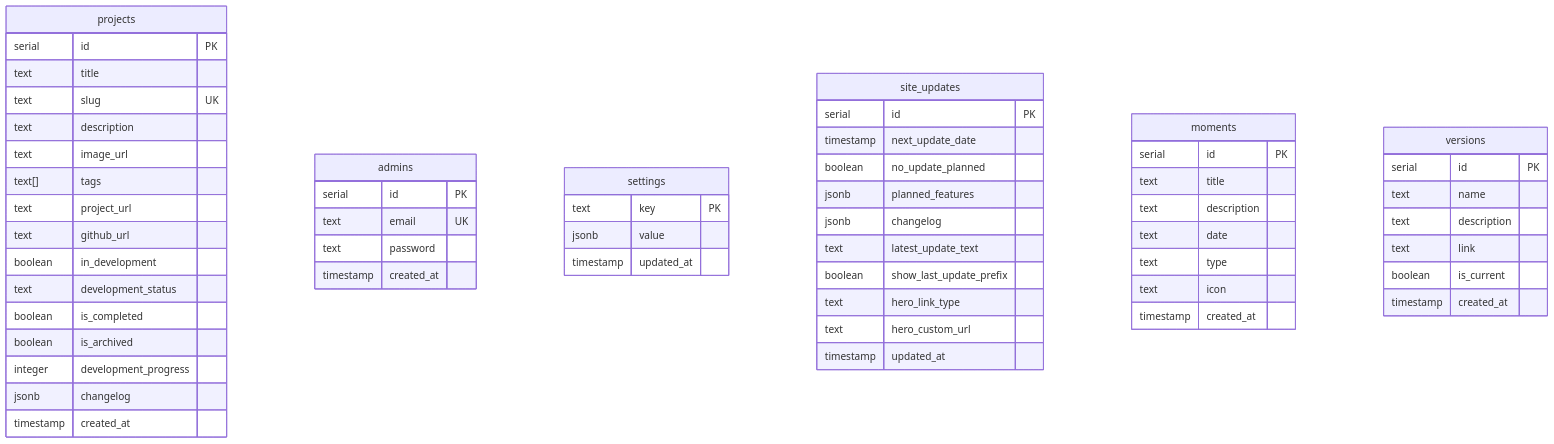
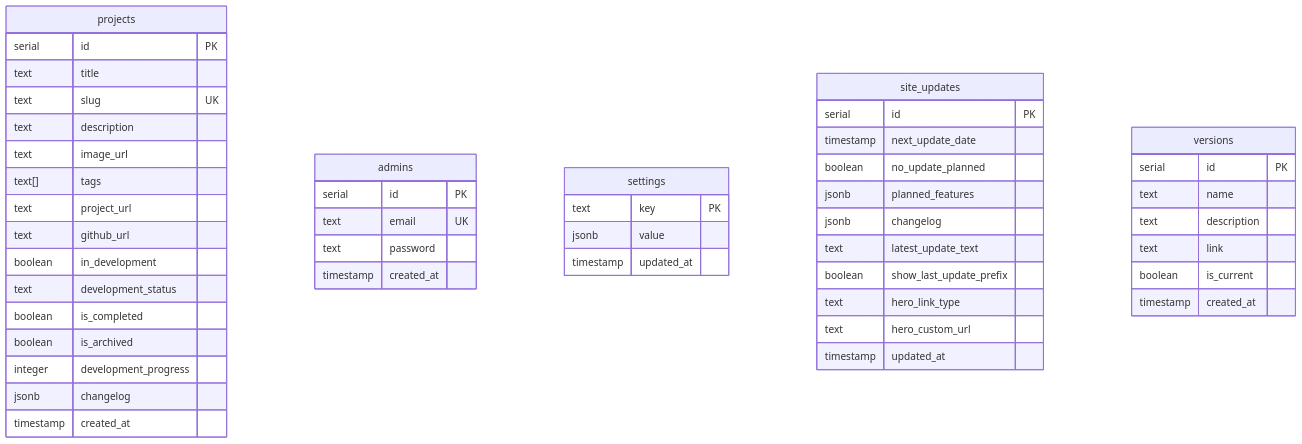
The second of 5 diagrams in README.md (ddrayko/portfolio), drawn with Mermaid before and after one commit. The commit also changed other lines of this file and 15 other files, not shown here.

````diff
--- a/README.md
+++ b/README.md
@@ -89,65 +88,55 @@
 ```mermaid
 erDiagram
     projects {
         serial id PK
         text title
         text slug UK
         text description
         text image_url
         text[] tags
         text project_url
         text github_url
         boolean in_development
         text development_status
         boolean is_completed
         boolean is_archived
         integer development_progress
         jsonb changelog
         timestamp created_at
     }
 
     admins {
         serial id PK
         text email UK
         text password
         timestamp created_at
     }
 
     settings {
         text key PK
         jsonb value
         timestamp updated_at
     }
 
     site_updates {
         serial id PK
         timestamp next_update_date
         boolean no_update_planned
         jsonb planned_features
         jsonb changelog
         text latest_update_text
         boolean show_last_update_prefix
         text hero_link_type
         text hero_custom_url
         timestamp updated_at
     }
 
-    moments {
-        serial id PK
-        text title
-        text description
-        text date
-        text type
-        text icon
-        timestamp created_at
-    }
-
     versions {
         serial id PK
         text name
         text description
         text link
         boolean is_current
         timestamp created_at
     }
 ```
````
